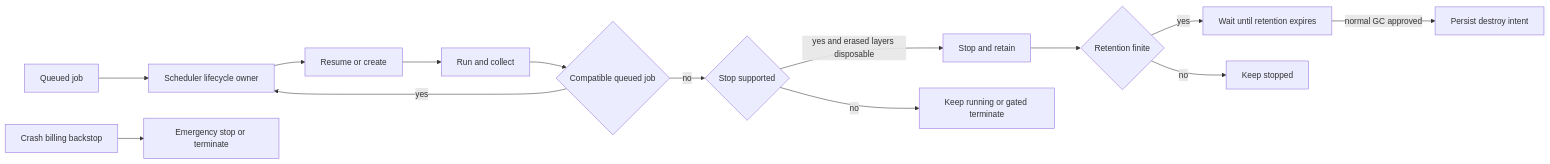
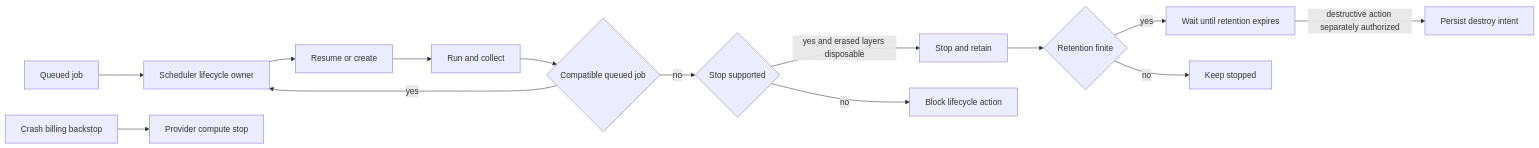
The sixth of 9 diagrams in docs/job_scheduler.md (ethanelasky/debate), drawn with Mermaid before and after one commit. The commit also changed other lines of this file, not shown here.

````diff
--- a/docs/job_scheduler.md
+++ b/docs/job_scheduler.md
@@ -217,16 +231,16 @@
 ```mermaid
 flowchart LR
     Q[Queued job] --> A[Scheduler lifecycle owner]
     A --> R[Resume or create]
     R --> J[Run and collect]
     J --> H{Compatible queued job}
     H -->|yes| A
     H -->|no| C{Stop supported}
     C -->|yes and erased layers disposable| S[Stop and retain]
     S --> F{Retention finite}
     F -->|yes| X[Wait until retention expires]
-    X -->|normal GC approved| D[Persist destroy intent]
+    X -->|destructive action separately authorized| D[Persist destroy intent]
     F -->|no| K[Keep stopped]
-    C -->|no| N[Keep running or gated terminate]
-    B[Crash billing backstop] --> E[Emergency stop or terminate]
+    C -->|no| N[Block lifecycle action]
+    B[Crash billing backstop] --> E[Provider compute stop]
 ```
````
